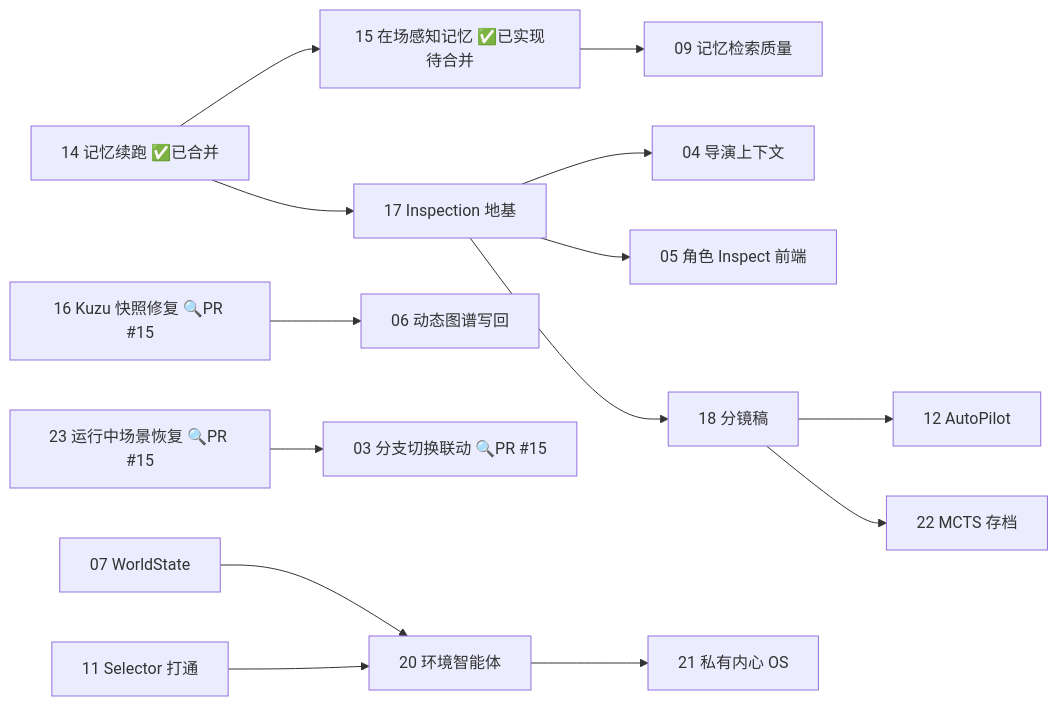
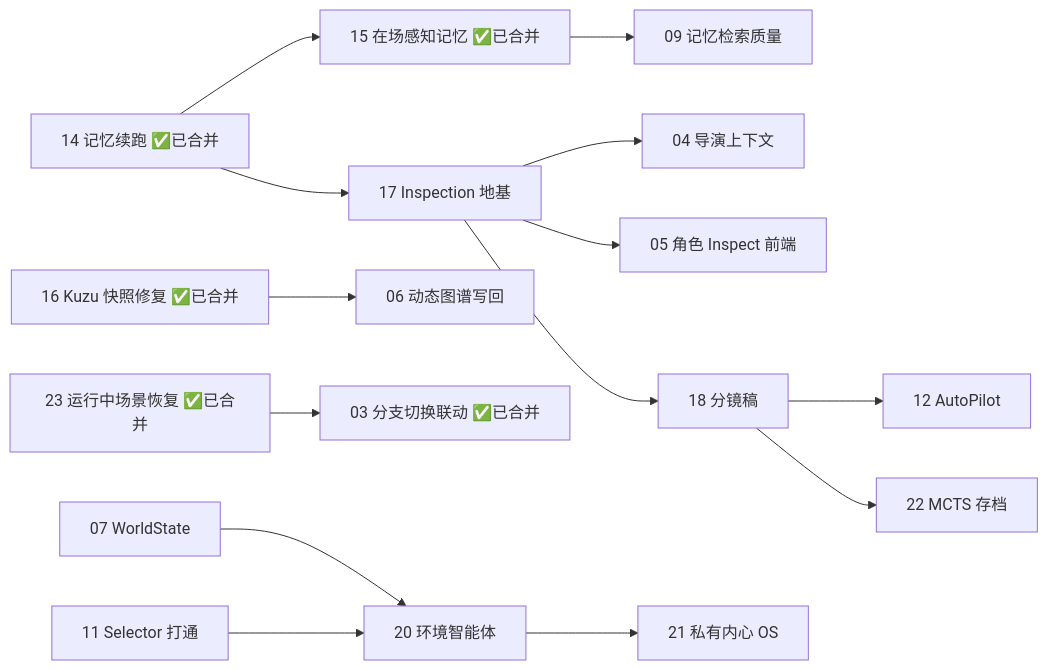
Before and after one commit to YuanPeixi/PlotSystem2: the diagram in docs/fix-tickets/README.md, drawn with Mermaid. The commit also changed other lines of this file, not shown here.

````diff
--- a/docs/fix-tickets/README.md
+++ b/docs/fix-tickets/README.md
@@ -197,16 +197,16 @@
 ```mermaid
 graph LR
-  T14[14 记忆续跑 ✅已合并] --> T15[15 在场感知记忆 ✅已实现待合并]
+  T14[14 记忆续跑 ✅已合并] --> T15[15 在场感知记忆 ✅已合并]
   T14 --> T17[17 Inspection 地基]
   T15 --> T09[09 记忆检索质量]
-  T16[16 Kuzu 快照修复 🔍PR #15] --> T06[06 动态图谱写回]
-  T23[23 运行中场景恢复 🔍PR #15] --> T03[03 分支切换联动 🔍PR #15]
+  T16[16 Kuzu 快照修复 ✅已合并] --> T06[06 动态图谱写回]
+  T23[23 运行中场景恢复 ✅已合并] --> T03[03 分支切换联动 ✅已合并]
   T17 --> T04[04 导演上下文]
   T17 --> T05[05 角色 Inspect 前端]
   T17 --> T18[18 分镜稿]
   T18 --> T12[12 AutoPilot]
   T18 --> T22[22 MCTS 存档]
   T07[07 WorldState] --> T20[20 环境智能体]
   T11[11 Selector 打通] --> T20
   T20 --> T21[21 私有内心 OS]
 ```
````
